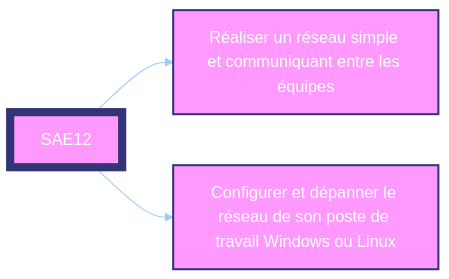
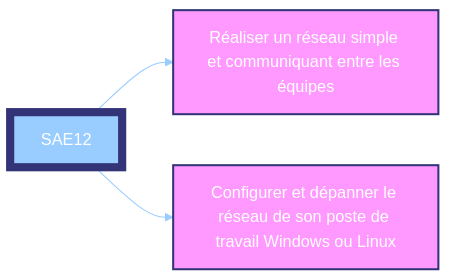
Before and after one commit to pushou/SAE12: the diagram in sae12-description.md, drawn with Mermaid.

````diff
--- a/sae12-description.md
+++ b/sae12-description.md
@@ -255,23 +255,23 @@
 ``` mermaid
 %%{
   init: {
     'theme': 'base',
     'themeVariables': {
       'primaryColor': '#f9f',
       'primaryTextColor': '#fff',
       'primaryBorderColor': '#99ccff',
       'lineColor': '#99ccff',
       'secondaryColor': '#99ccff',
       'tertiaryColor': '#fff'
     }
   }
 }%%
 
 flowchart LR;
   SAE12[SAE12]-->id1["Réaliser un réseau simple et communiquant entre les équipes"];
   SAE12-->id3["Configurer et dépanner le réseau de son poste de travail Windows ou Linux"];
-  style SAE12 stroke:#337,stroke-width:8px;
+  style SAE12 fill:#99ccff,stroke:#337,stroke-width:8px;
   style id1 stroke:#337,stroke-width:2px;
   style id3 stroke:#337,stroke-width:2px;
   click SAE12 href "https://github.com/pushou/SAE12.git" "Lien vers le repo Git de la SAE12"
 ```
````
